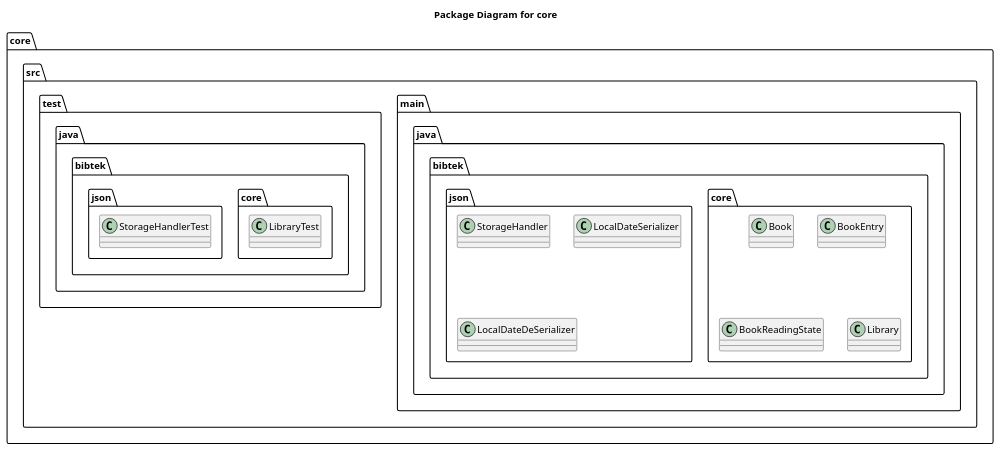
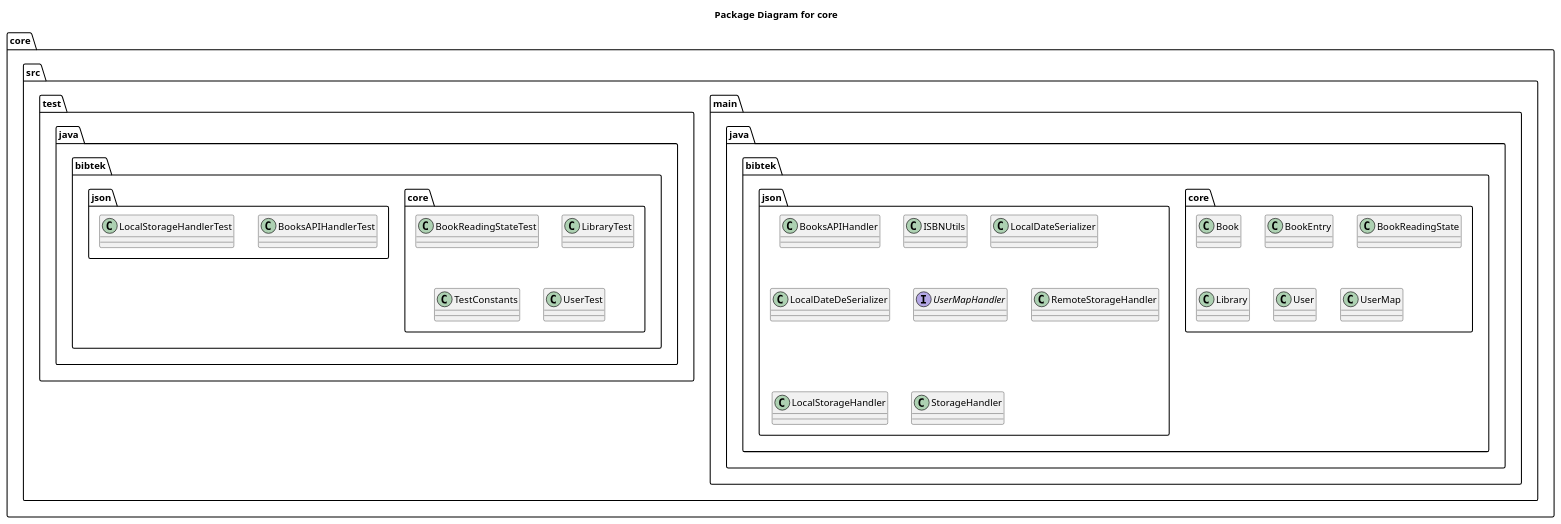
Before and after one commit to Mathiazom/bibtek: the diagram in bibtek/core/corePackageDiagram.puml, drawn with PlantUML. The commit also changed 5 other files, not shown here.

Commit message:
Update class and package diagrams

```diff
--- a/bibtek/core/corePackageDiagram.puml
+++ b/bibtek/core/corePackageDiagram.puml
@@ -1,29 +1,41 @@
 @startuml corePackageDiagram
 title Package Diagram for core 
 namespace core {
     namespace src {
         namespace main.java.bibtek {
             namespace core {
                 class Book 
                 class BookEntry
                 class BookReadingState
                 class Library
+                class User
+                class UserMap
             }
             namespace json {
-                class StorageHandler
+                class BooksAPIHandler
+                class ISBNUtils
                 class LocalDateSerializer
                 class LocalDateDeSerializer
+                interface UserMapHandler
+                class RemoteStorageHandler
+                class LocalStorageHandler
+                class StorageHandler
             }
         }
         namespace test.java.bibtek {
             namespace core {
+                class BookReadingStateTest
                 class LibraryTest
+                class TestConstants
+                class UserTest
+
             }
             namespace json {
-                class StorageHandlerTest
+            class BooksAPIHandlerTest
+                class LocalStorageHandlerTest
             }
         }
     }
 }
 
 @enduml 
```
